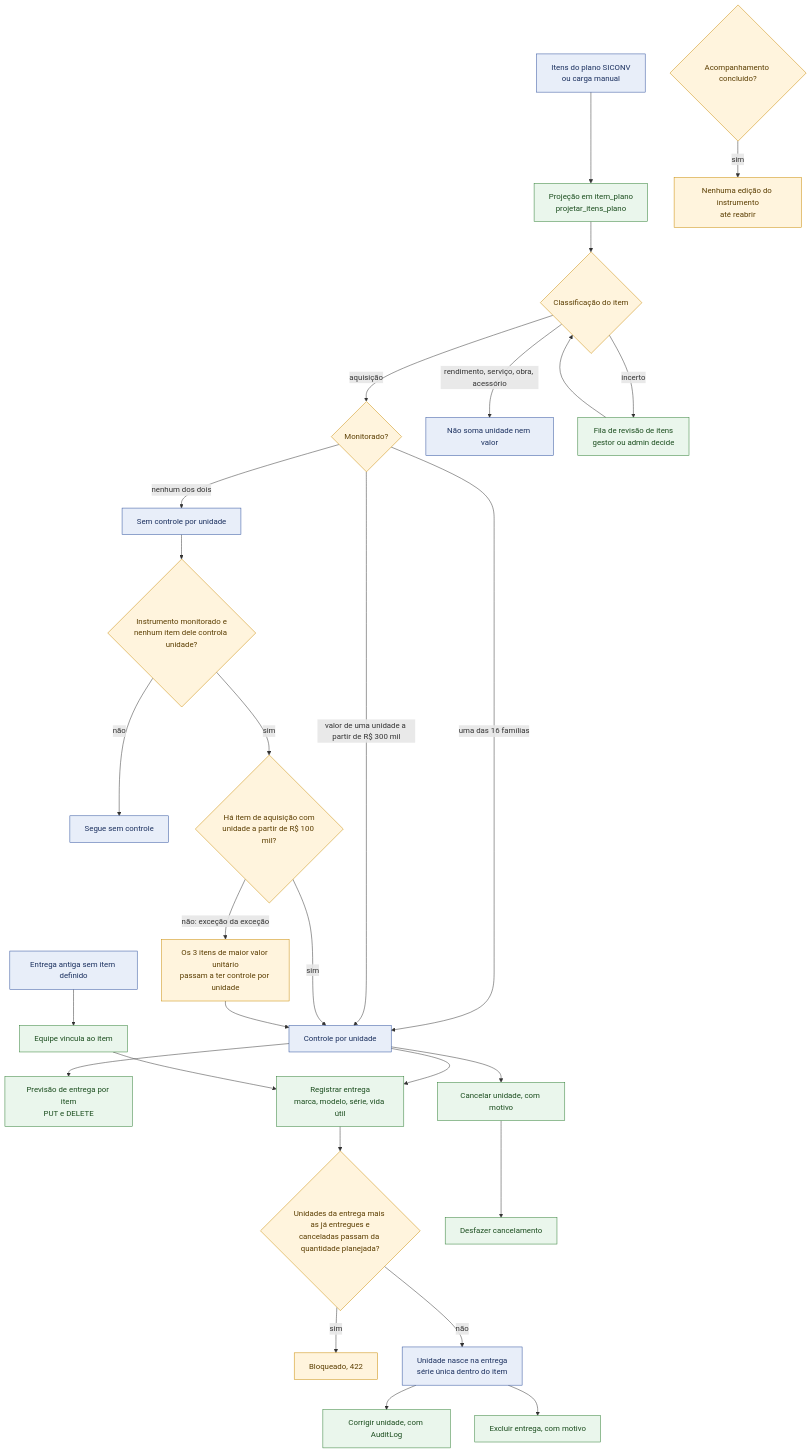
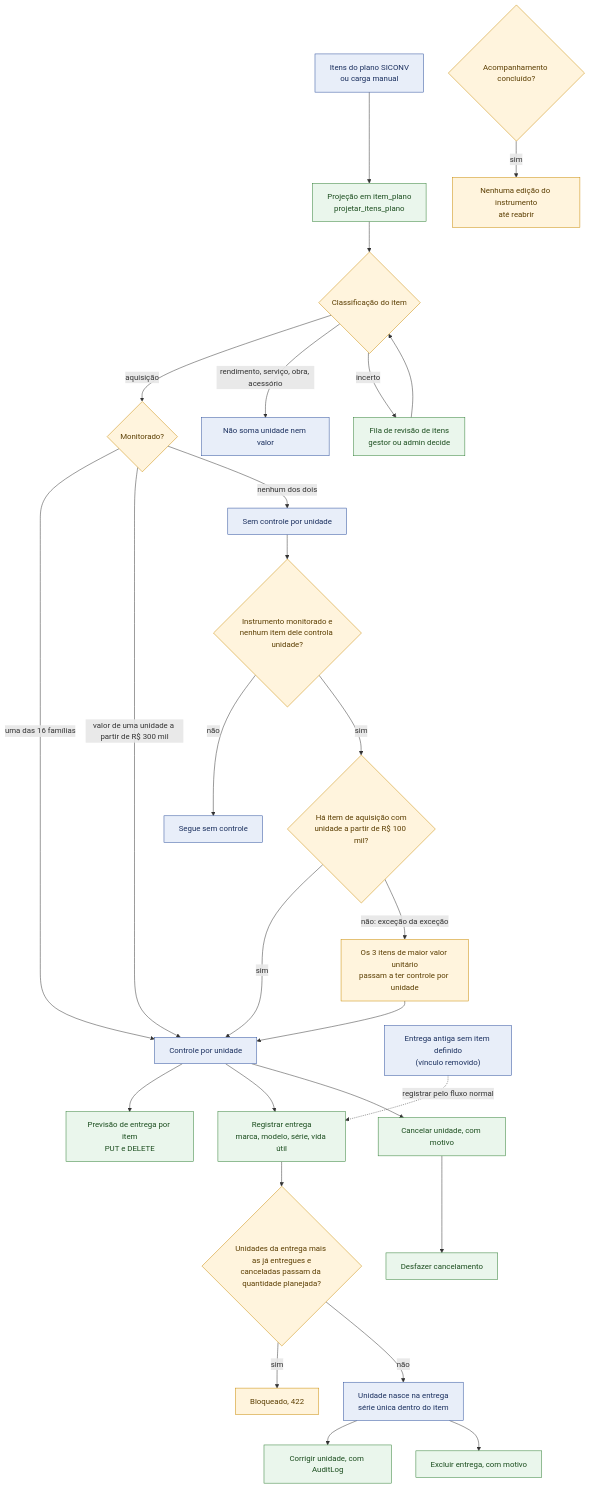
The fifth of 11 diagrams in docs/arquitetura/mapa-monitoramento-interno-2026-11-19.md (devs-ministerio/par_equipamentos), drawn with Mermaid before and after one commit. The commit also changed other lines of this file and 23 other files, not shown here.

First line of the commit message:
refactor: remove a função de vincular entrega antiga (A vincular)

````diff
--- a/docs/arquitetura/mapa-monitoramento-interno-2026-11-19.md
+++ b/docs/arquitetura/mapa-monitoramento-interno-2026-11-19.md
@@ -139,34 +139,34 @@
 ```mermaid
 flowchart TB
     classDef dado fill:#E8EEF9,stroke:#2A4D9B,color:#1a2f5e
     classDef acao fill:#EAF6EC,stroke:#2E7D32,color:#1b4d1e
     classDef regra fill:#FFF4DD,stroke:#C98A00,color:#5a3d00
 
     SICONV["Itens do plano SICONV<br/>ou carga manual"]:::dado --> PROJ["Projeção em item_plano<br/>projetar_itens_plano"]:::acao
     PROJ --> CLASS{"Classificação do item"}:::regra
     CLASS -->|"aquisição"| MON{"Monitorado?"}:::regra
     CLASS -->|"rendimento, serviço, obra, acessório"| FORA["Não soma unidade nem valor"]:::dado
     CLASS -->|"incerto"| FILA["Fila de revisão de itens<br/>gestor ou admin decide"]:::acao
     FILA --> CLASS
     MON -->|"uma das 16 famílias"| SIM["Controle por unidade"]:::dado
     MON -->|"valor de uma unidade a partir de R$ 300 mil"| SIM
     MON -->|"nenhum dos dois"| NAO["Sem controle por unidade"]:::dado
     NAO --> INST{"Instrumento monitorado e<br/>nenhum item dele controla unidade?"}:::regra
     INST -->|"não"| FIM0["Segue sem controle"]:::dado
     INST -->|"sim"| EXC{"Há item de aquisição com<br/>unidade a partir de R$ 100 mil?"}:::regra
     EXC -->|"sim"| SIM
     EXC -->|"não: exceção da exceção"| TOP["Os 3 itens de maior valor unitário<br/>passam a ter controle por unidade"]:::regra
     TOP --> SIM
 
     SIM --> PREV["Previsão de entrega por item<br/>PUT e DELETE"]:::acao
     SIM --> ENT["Registrar entrega<br/>marca, modelo, série, vida útil"]:::acao
     ENT --> LIM{"Unidades da entrega mais as já entregues e<br/>canceladas passam da quantidade planejada?"}:::regra
     LIM -->|"sim"| BLOQ["Bloqueado, 422"]:::regra
     LIM -->|"não"| UNI["Unidade nasce na entrega<br/>série única dentro do item"]:::dado
     UNI --> CORR["Corrigir unidade, com AuditLog"]:::acao
     UNI --> EXCL["Excluir entrega, com motivo"]:::acao
     SIM --> CANC["Cancelar unidade, com motivo"]:::acao
     CANC --> DESF["Desfazer cancelamento"]:::acao
-    LEG["Entrega antiga sem item definido"]:::dado --> VINC["Equipe vincula ao item"]:::acao --> ENT
+    LEG["Entrega antiga sem item definido<br/>(vínculo removido)"]:::dado -. "registrar pelo fluxo normal" .-> ENT
     CONC{"Acompanhamento concluído?"}:::regra -->|"sim"| TRAVA["Nenhuma edição do instrumento<br/>até reabrir"]:::regra
 ```
````
